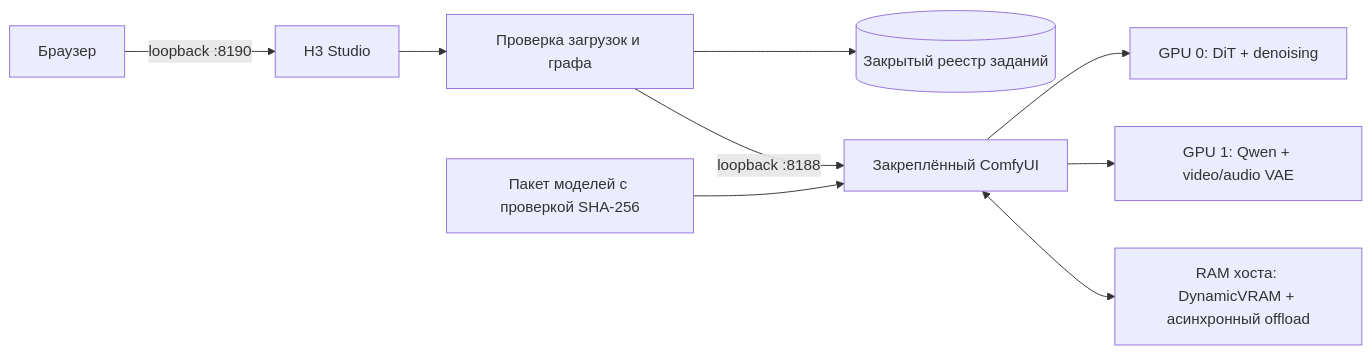
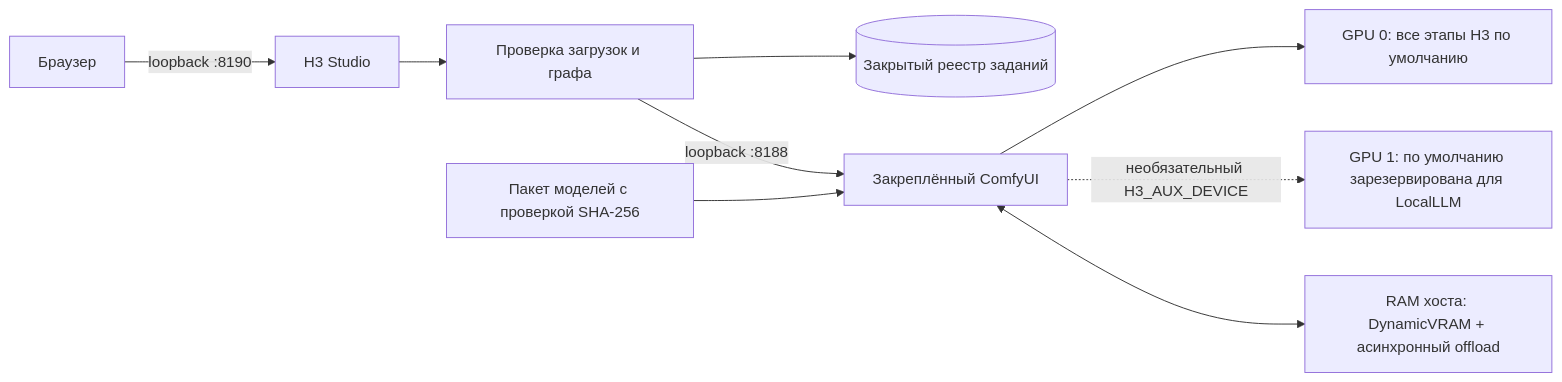
Before and after one commit to lachlanchen/LocalVideoGen: the diagram in i18n/README.ru.md, drawn with Mermaid. The commit also changed other lines of this file and 28 other files, not shown here.

````diff
--- a/i18n/README.ru.md
+++ b/i18n/README.ru.md
@@ -54,11 +56,12 @@
 ```mermaid
 flowchart LR
     B[Браузер] -->|loopback :8190| S[H3 Studio]
     S --> V[Проверка загрузок и графа]
     V --> J[(Закрытый реестр заданий)]
     V -->|loopback :8188| C[Закреплённый ComfyUI]
-    C --> G0[GPU 0: DiT + denoising]
-    C --> G1[GPU 1: Qwen + video/audio VAE]
+    C --> G0[GPU 0: все этапы H3 по умолчанию]
+    G1[GPU 1: по умолчанию зарезервирована для LocalLLM]
+    C -. необязательный H3_AUX_DEVICE .-> G1
     C <--> R[RAM хоста: DynamicVRAM + асинхронный offload]
     M[Пакет моделей с проверкой SHA-256] --> C
 ```
````
